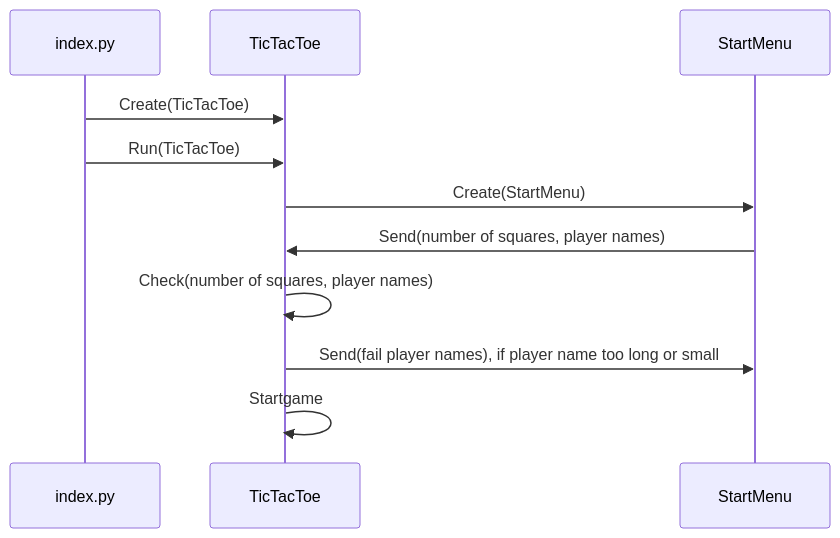
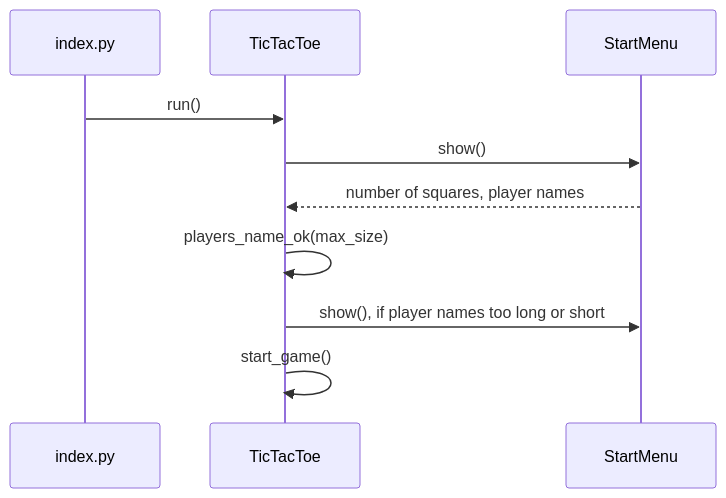
The second of 2 diagrams in maarittelydokumentti/arkkitehtuuri.md (TatuSorjonen/ot-harjoitustyo), drawn with Mermaid before and after one commit.

````diff
--- a/maarittelydokumentti/arkkitehtuuri.md
+++ b/maarittelydokumentti/arkkitehtuuri.md
@@ -92,13 +92,12 @@
 ```mermaid
 sequenceDiagram
   participant index.py
   participant TicTacToe
   participant StartMenu
-  index.py->> TicTacToe: Create(TicTacToe)
-  index.py->> TicTacToe: Run(TicTacToe)
-  TicTacToe->> StartMenu: Create(StartMenu)
-  StartMenu->> TicTacToe: Send(number of squares, player names)
-  TicTacToe->> TicTacToe: Check(number of squares, player names)
-  TicTacToe->> StartMenu: Send(fail player names), if player name too long or small
-  TicTacToe->> TicTacToe: Startgame
+  index.py->> TicTacToe: run()
+  TicTacToe->> StartMenu: show()
+  StartMenu-->> TicTacToe: number of squares, player names
+  TicTacToe->> TicTacToe: players_name_ok(max_size)
+  TicTacToe->> StartMenu: show(), if player names too long or short
+  TicTacToe->> TicTacToe: start_game()
 ```
````
